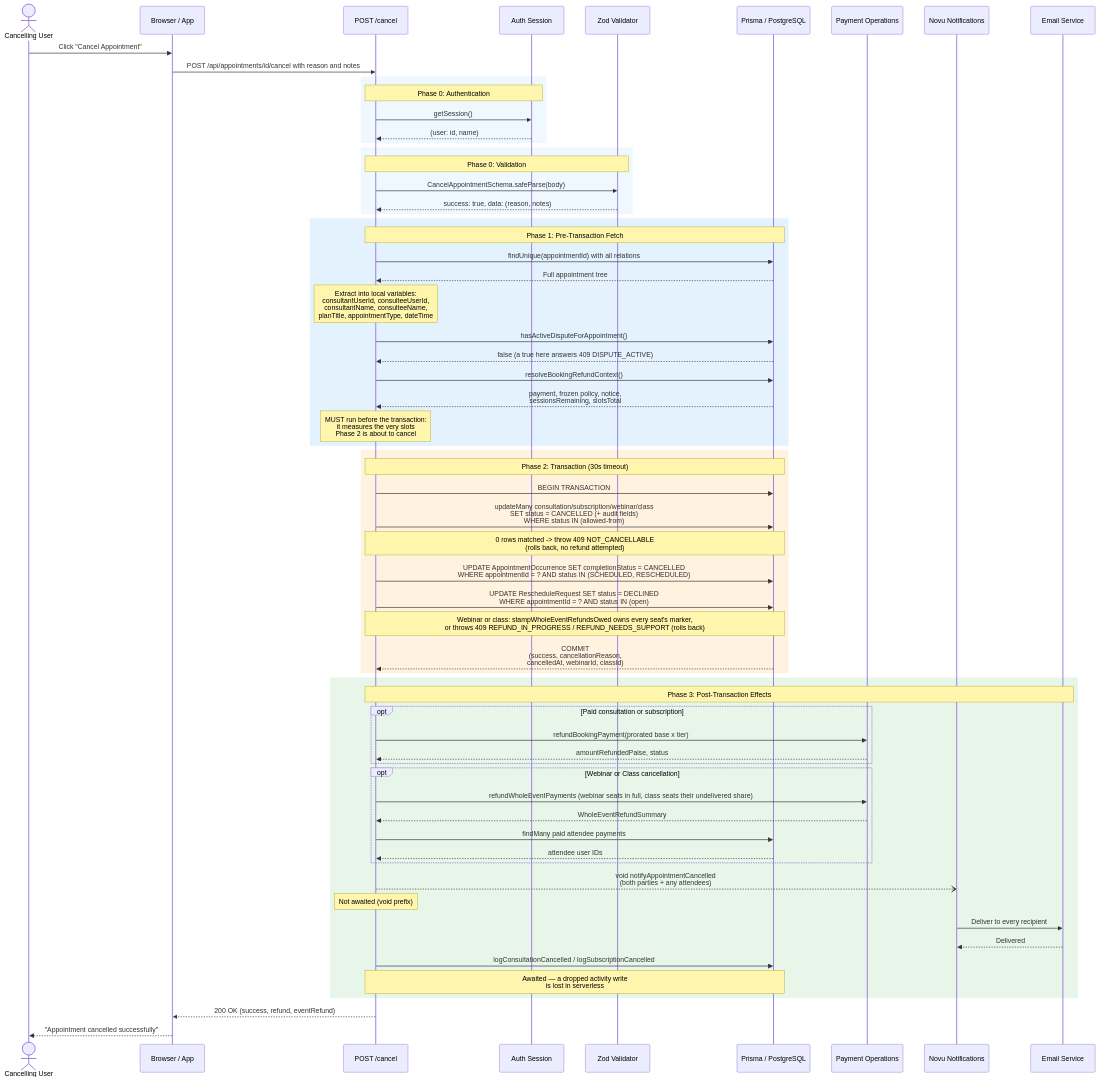
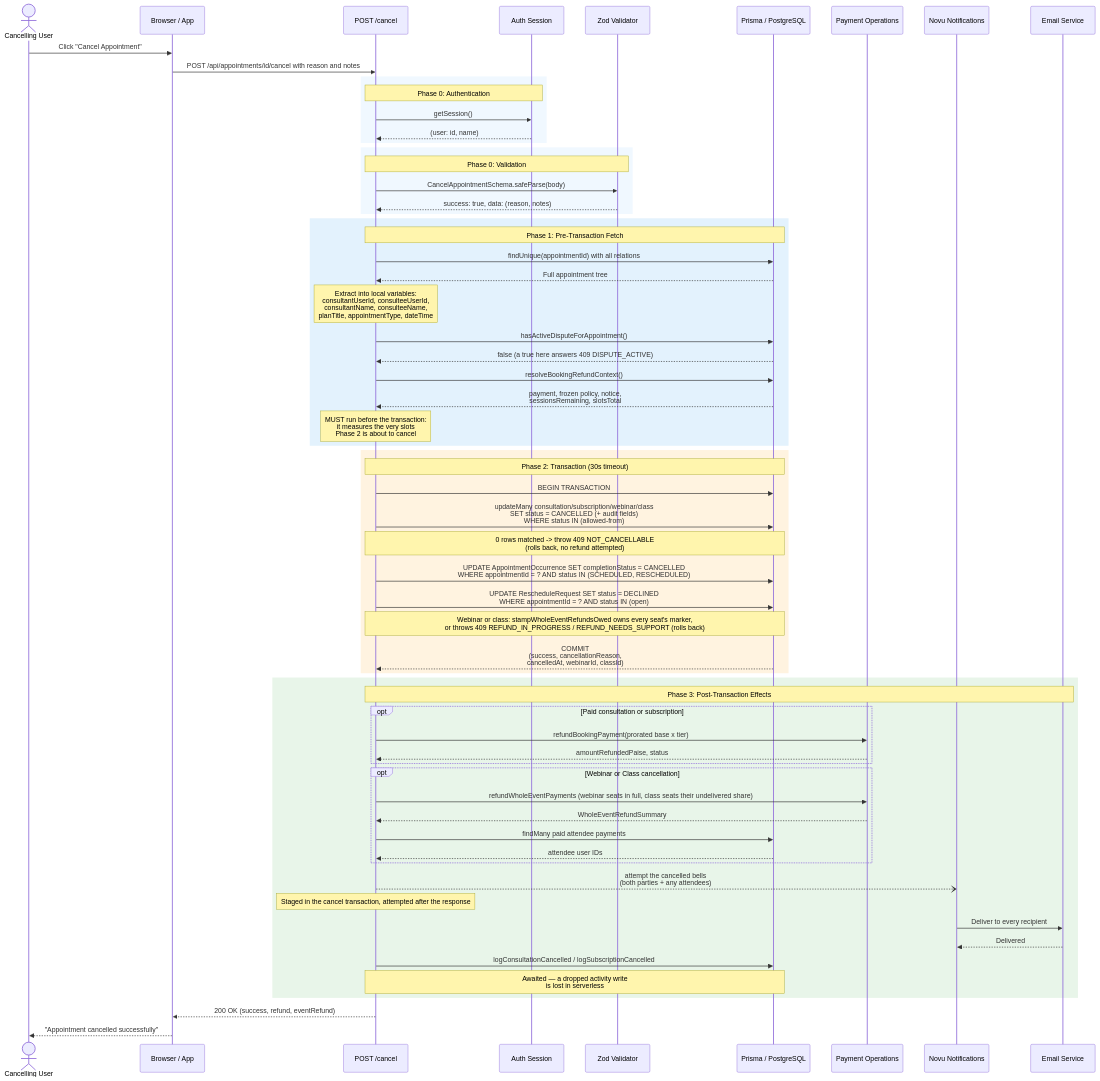
Diagram 14 of 14 in docs/booking/08-cancellation-flow.md (Practitionist/familiarise_web), drawn with Mermaid before and after one commit. The commit also changed other lines of this file and 37 other files, not shown here.

````diff
--- a/docs/booking/08-cancellation-flow.md
+++ b/docs/booking/08-cancellation-flow.md
@@ -1306,77 +1307,77 @@
 ```mermaid
 sequenceDiagram
     actor User as Cancelling User
     participant Client as Browser / App
     participant API as POST /cancel
     participant Auth as Auth Session
     participant Zod as Zod Validator
     participant DB as Prisma / PostgreSQL
     participant Pay as Payment Operations
     participant Novu as Novu Notifications
     participant Email as Email Service
 
     User->>Client: Click "Cancel Appointment"
     Client->>API: POST /api/appointments/id/cancel with reason and notes
 
     rect rgb(240, 248, 255)
         Note over API,Auth: Phase 0: Authentication
         API->>Auth: getSession()
         Auth-->>API: (user: id, name)
     end
 
     rect rgb(240, 248, 255)
         Note over API,Zod: Phase 0: Validation
         API->>Zod: CancelAppointmentSchema.safeParse(body)
         Zod-->>API: success: true, data: (reason, notes)
     end
 
     rect rgb(227, 242, 253)
         Note over API,DB: Phase 1: Pre-Transaction Fetch
         API->>DB: findUnique(appointmentId) with all relations
         DB-->>API: Full appointment tree
         Note over API: Extract into local variables:<br/>consultantUserId, consulteeUserId,<br/>consultantName, consulteeName,<br/>planTitle, appointmentType, dateTime
         API->>DB: hasActiveDisputeForAppointment()
         DB-->>API: false (a true here answers 409 DISPUTE_ACTIVE)
         API->>DB: resolveBookingRefundContext()
         DB-->>API: payment, frozen policy, notice,<br/>sessionsRemaining, slotsTotal
         Note over API: MUST run before the transaction:<br/>it measures the very slots<br/>Phase 2 is about to cancel
     end
 
     rect rgb(255, 243, 224)
         Note over API,DB: Phase 2: Transaction (30s timeout)
         API->>DB: BEGIN TRANSACTION
         API->>DB: updateMany consultation/subscription/webinar/class<br/>SET status = CANCELLED (+ audit fields)<br/>WHERE status IN (allowed-from)
         Note over API,DB: 0 rows matched -> throw 409 NOT_CANCELLABLE<br/>(rolls back, no refund attempted)
         API->>DB: UPDATE AppointmentOccurrence SET completionStatus = CANCELLED<br/>WHERE appointmentId = ? AND status IN (SCHEDULED, RESCHEDULED)
         API->>DB: UPDATE RescheduleRequest SET status = DECLINED<br/>WHERE appointmentId = ? AND status IN (open)
         Note over API,DB: Webinar or class: stampWholeEventRefundsOwed owns every seat's marker,<br/>or throws 409 REFUND_IN_PROGRESS / REFUND_NEEDS_SUPPORT (rolls back)
         DB-->>API: COMMIT<br/>(success, cancellationReason,<br/>cancelledAt, webinarId, classId)
     end
 
     rect rgb(232, 245, 233)
         Note over API,Email: Phase 3: Post-Transaction Effects
 
         opt Paid consultation or subscription
             API->>Pay: refundBookingPayment(prorated base x tier)
             Pay-->>API: amountRefundedPaise, status
         end
 
         opt Webinar or Class cancellation
             API->>Pay: refundWholeEventPayments (webinar seats in full, class seats their undelivered share)
             Pay-->>API: WholeEventRefundSummary
             API->>DB: findMany paid attendee payments
             DB-->>API: attendee user IDs
         end
 
-        API--)Novu: void notifyAppointmentCancelled<br/>(both parties + any attendees)
-        Note over API: Not awaited (void prefix)
+        API--)Novu: attempt the cancelled bells<br/>(both parties + any attendees)
+        Note over API: Staged in the cancel transaction, attempted after the response
         Novu->>Email: Deliver to every recipient
         Email-->>Novu: Delivered
 
         API->>DB: logConsultationCancelled / logSubscriptionCancelled
         Note over API,DB: Awaited — a dropped activity write<br/>is lost in serverless
     end
 
     API-->>Client: 200 OK (success, refund, eventRefund)
     Client-->>User: "Appointment cancelled successfully"
 ```
````
